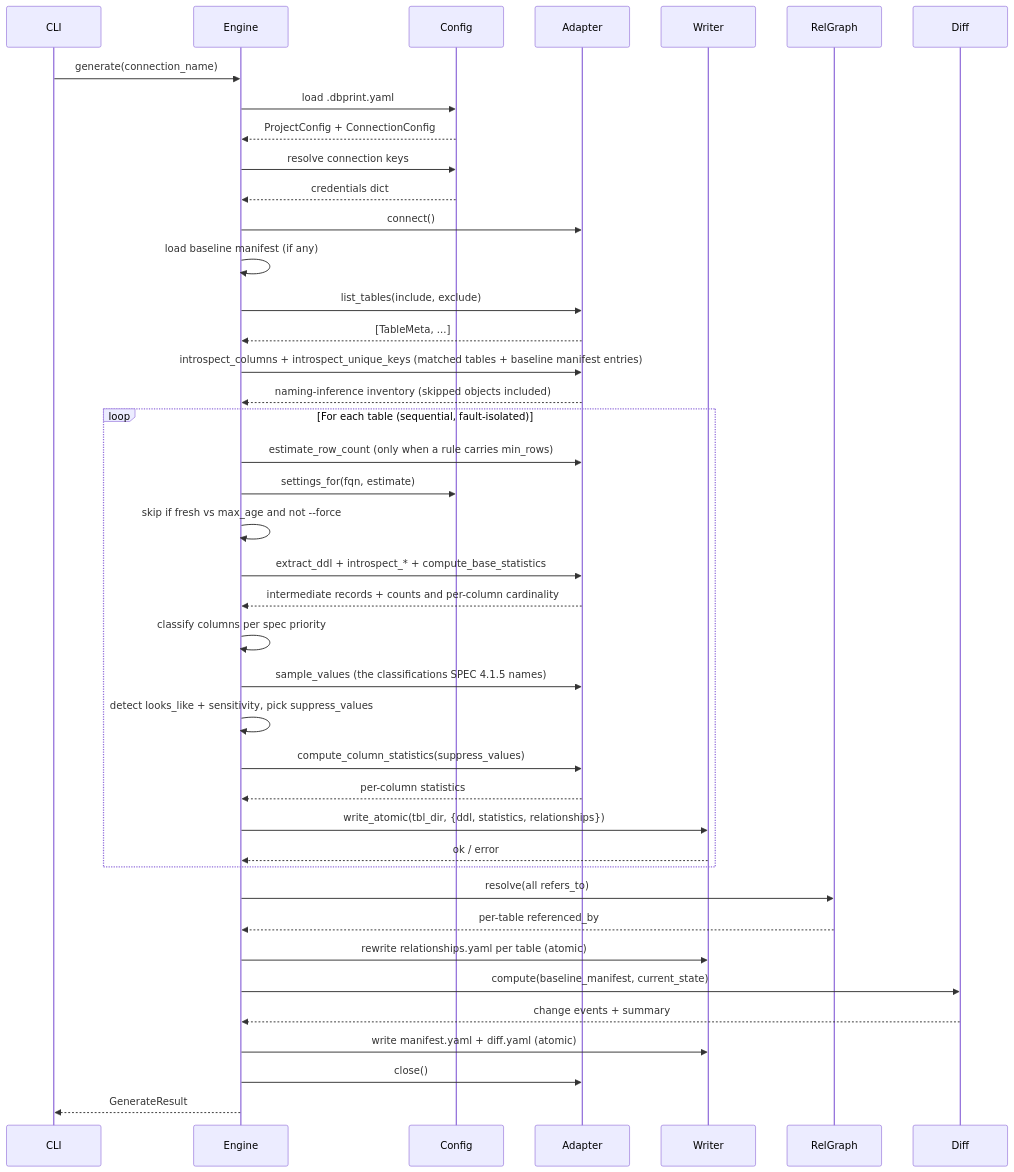
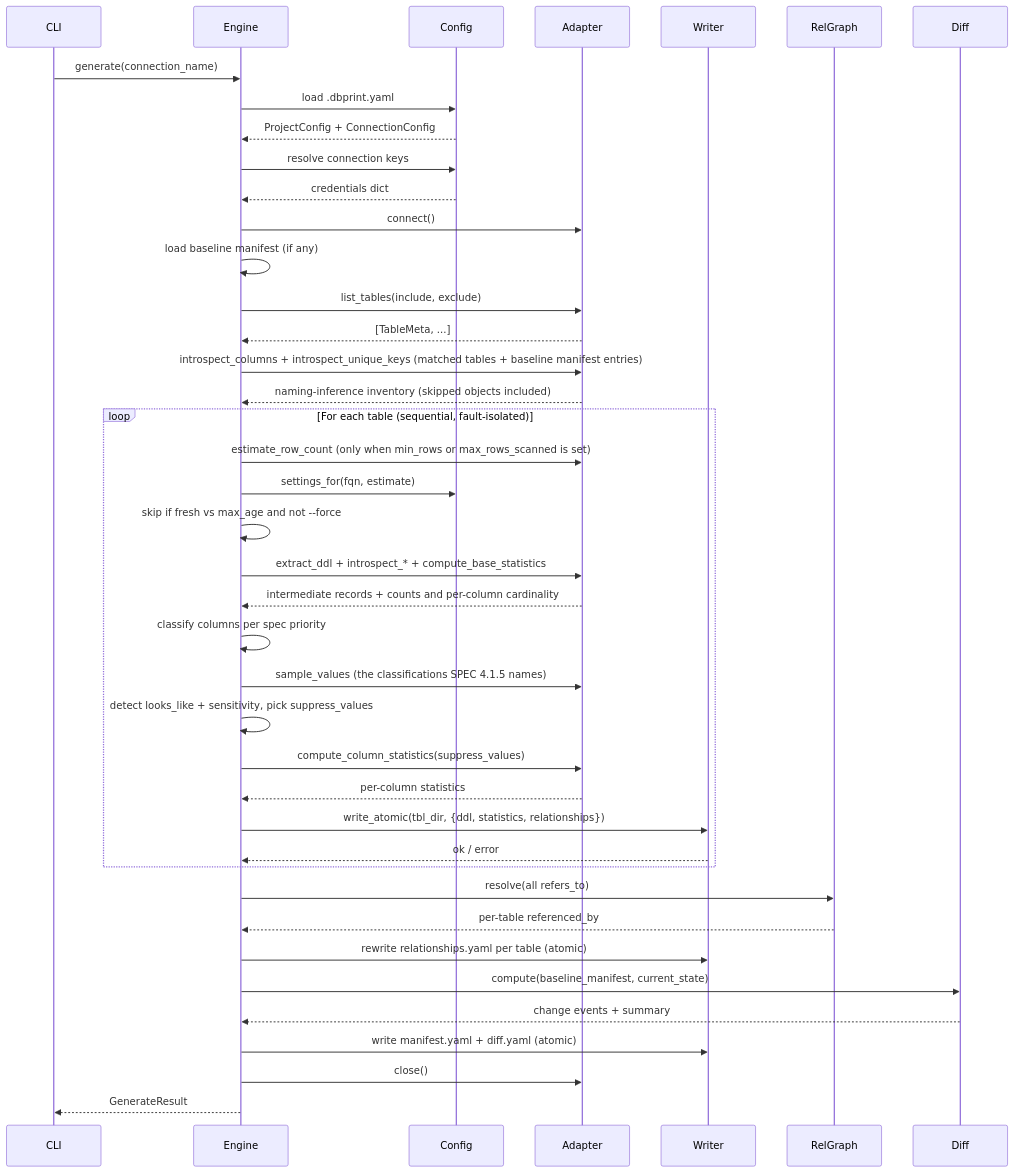
The first of 6 diagrams in docs/ARCHITECTURE.md (jakubro/dbprint), drawn with Mermaid before and after one commit. The commit also changed other lines of this file and 138 other files, not shown here.

````diff
--- a/docs/ARCHITECTURE.md
+++ b/docs/ARCHITECTURE.md
@@ -477,48 +537,48 @@
 ```mermaid
 sequenceDiagram
     participant CLI
     participant Engine
     participant Config
     participant Adapter
     participant Writer
     participant RGraph as RelGraph
     participant Diff
 
     CLI->>Engine: generate(connection_name)
     Engine->>Config: load .dbprint.yaml
     Config-->>Engine: ProjectConfig + ConnectionConfig
     Engine->>Config: resolve connection keys
     Config-->>Engine: credentials dict
     Engine->>Adapter: connect()
     Engine->>Engine: load baseline manifest (if any)
     Engine->>Adapter: list_tables(include, exclude)
     Adapter-->>Engine: [TableMeta, ...]
 
     Engine->>Adapter: introspect_columns + introspect_unique_keys (matched tables + baseline manifest entries)
     Adapter-->>Engine: naming-inference inventory (skipped objects included)
 
     loop For each table (sequential, fault-isolated)
-        Engine->>Adapter: estimate_row_count (only when a rule carries min_rows)
+        Engine->>Adapter: estimate_row_count (only when min_rows or max_rows_scanned is set)
         Engine->>Config: settings_for(fqn, estimate)
         Engine->>Engine: skip if fresh vs max_age and not --force
         Engine->>Adapter: extract_ddl + introspect_* + compute_base_statistics
         Adapter-->>Engine: intermediate records + counts and per-column cardinality
         Engine->>Engine: classify columns per spec priority
         Engine->>Adapter: sample_values (the classifications SPEC 4.1.5 names)
         Engine->>Engine: detect looks_like + sensitivity, pick suppress_values
         Engine->>Adapter: compute_column_statistics(suppress_values)
         Adapter-->>Engine: per-column statistics
         Engine->>Writer: write_atomic(tbl_dir, {ddl, statistics, relationships})
         Writer-->>Engine: ok / error
     end
 
     Engine->>RGraph: resolve(all refers_to)
     RGraph-->>Engine: per-table referenced_by
     Engine->>Writer: rewrite relationships.yaml per table (atomic)
 
     Engine->>Diff: compute(baseline_manifest, current_state)
     Diff-->>Engine: change events + summary
     Engine->>Writer: write manifest.yaml + diff.yaml (atomic)
     Engine->>Adapter: close()
     Engine-->>CLI: GenerateResult
 ```
````
